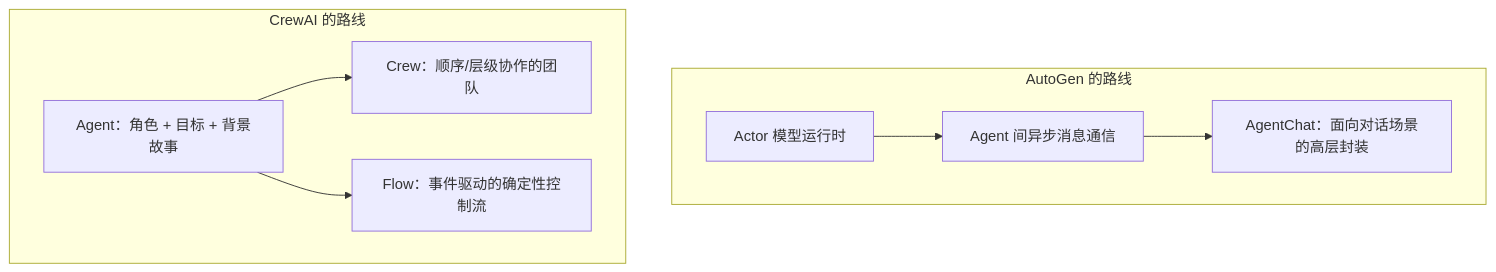
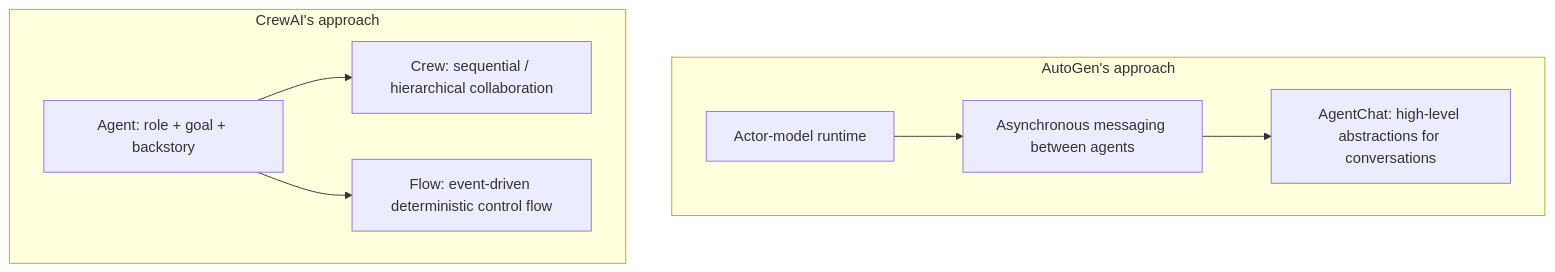
The diagram in docs/frameworks/05-lightweight-agent-frameworks/20-autogen-and-crewai.md (oneleaveknowsthefall/awesome-ai-roadmap), drawn with Mermaid before and after one commit. The commit also changed other lines of this file and 70 other files, not shown here.

````diff
--- a/docs/frameworks/05-lightweight-agent-frameworks/20-autogen-and-crewai.md
+++ b/docs/frameworks/05-lightweight-agent-frameworks/20-autogen-and-crewai.md
@@ -16,12 +16,12 @@
 ```mermaid
 flowchart TB
-    subgraph AG["AutoGen 的路线"]
-        A1["Actor 模型运行时"] --> A2["Agent 间异步消息通信"]
-        A2 --> A3["AgentChat：面向对话场景的高层封装"]
+    subgraph AG["AutoGen's approach"]
+        A1["Actor-model runtime"] --> A2["Asynchronous messaging between agents"]
+        A2 --> A3["AgentChat: high-level abstractions for conversations"]
     end
-    subgraph CR["CrewAI 的路线"]
-        C1["Agent：角色 + 目标 + 背景故事"]
-        C1 --> C2["Crew：顺序/层级协作的团队"]
-        C1 --> C3["Flow：事件驱动的确定性控制流"]
+    subgraph CR["CrewAI's approach"]
+        C1["Agent: role + goal + backstory"]
+        C1 --> C2["Crew: sequential / hierarchical collaboration"]
+        C1 --> C3["Flow: event-driven deterministic control flow"]
     end
 ```
````
